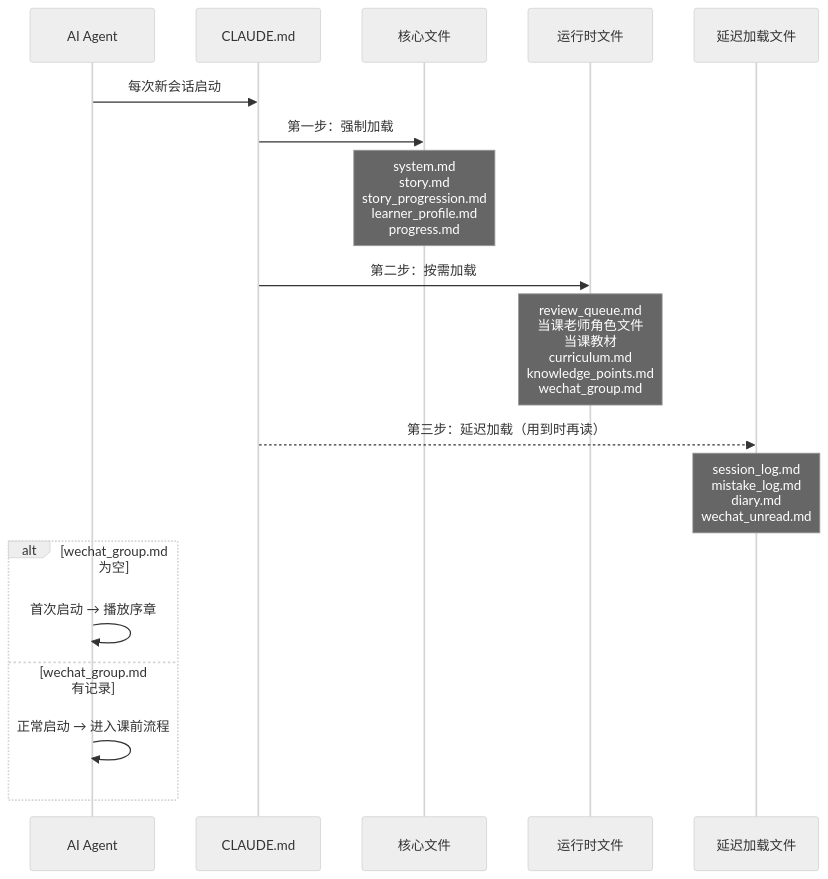
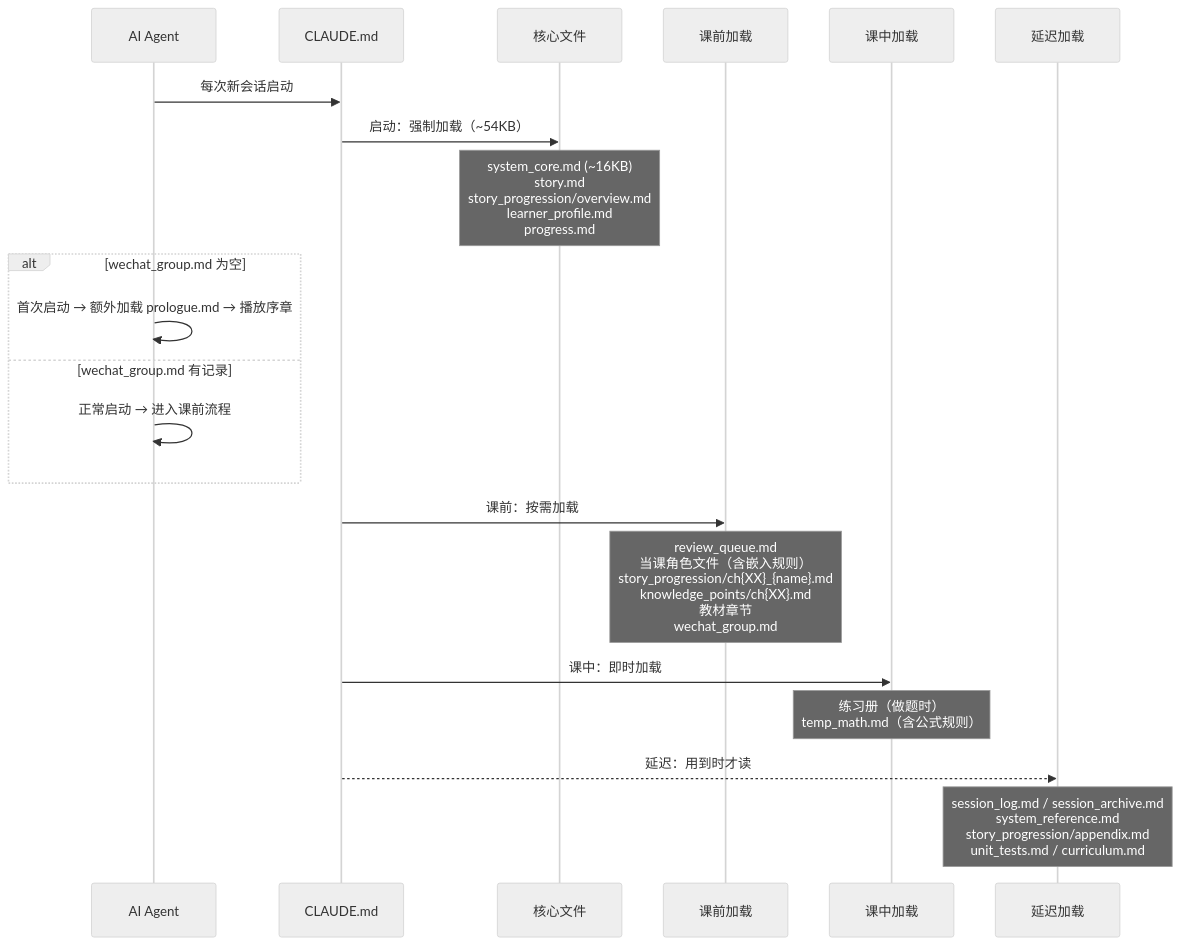
One commit to 94series/SocraticNovel changed the second of 5 diagrams in ARCHITECTURE.md. Above: the diagram before and after it, drawn with Mermaid (neutral theme). The commit also changed other lines of this file, not shown here.

First line of the commit message:
docs: 更新 ARCHITECTURE.md 反映优化后的文件分层架构

````diff
--- a/ARCHITECTURE.md
+++ b/ARCHITECTURE.md
@@ -131,24 +158,28 @@
 ```mermaid
 sequenceDiagram
   participant AI as AI Agent
   participant Boot as CLAUDE.md
   participant Core as 核心文件
-  participant Runtime as 运行时文件
-  participant Lazy as 延迟加载文件
+  participant PreClass as 课前加载
+  participant InClass as 课中加载
+  participant Lazy as 延迟加载
 
   AI->>Boot: 每次新会话启动
-  Boot->>Core: 第一步：强制加载
-  Note over Core: system.md<br/>story.md<br/>story_progression.md<br/>learner_profile.md<br/>progress.md
-
-  Boot->>Runtime: 第二步：按需加载
-  Note over Runtime: review_queue.md<br/>当课老师角色文件<br/>当课教材<br/>curriculum.md<br/>knowledge_points.md<br/>wechat_group.md
-
-  Boot-->>Lazy: 第三步：延迟加载（用到时再读）
-  Note over Lazy: session_log.md<br/>mistake_log.md<br/>diary.md<br/>wechat_unread.md
+  Boot->>Core: 启动：强制加载（~54KB）
+  Note over Core: system_core.md (~16KB)<br/>story.md<br/>story_progression/overview.md<br/>learner_profile.md<br/>progress.md
 
   alt wechat_group.md 为空
-    AI->>AI: 首次启动 → 播放序章
+    AI->>AI: 首次启动 → 额外加载 prologue.md → 播放序章
   else wechat_group.md 有记录
     AI->>AI: 正常启动 → 进入课前流程
   end
+
+  Boot->>PreClass: 课前：按需加载
+  Note over PreClass: review_queue.md<br/>当课角色文件（含嵌入规则）<br/>story_progression/ch{XX}_{name}.md<br/>knowledge_points/ch{XX}.md<br/>教材章节<br/>wechat_group.md
+
+  Boot->>InClass: 课中：即时加载
+  Note over InClass: 练习册（做题时）<br/>temp_math.md（含公式规则）
+
+  Boot-->>Lazy: 延迟：用到时才读
+  Note over Lazy: session_log.md / session_archive.md<br/>system_reference.md<br/>story_progression/appendix.md<br/>unit_tests.md / curriculum.md
 ```
````
